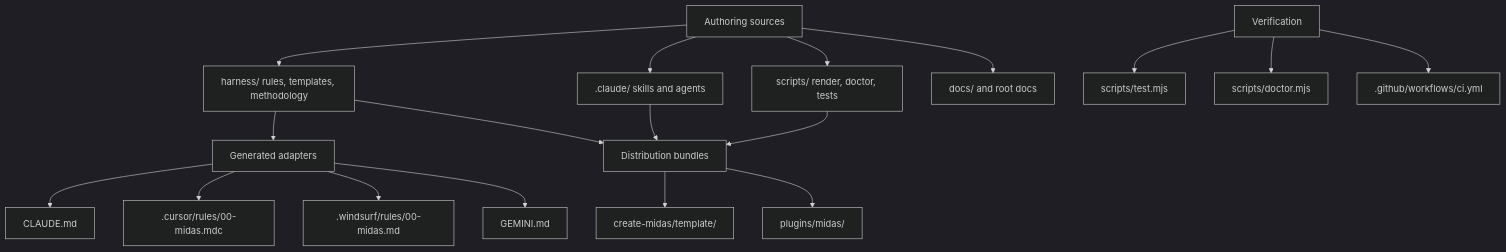
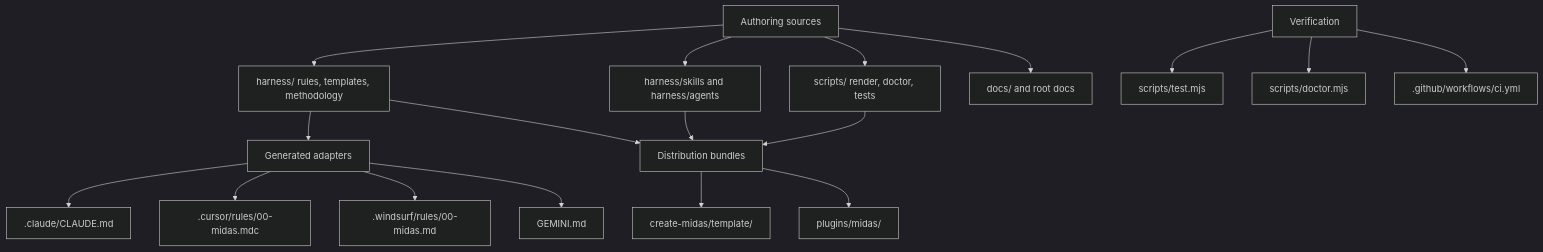
Before and after one commit to okuzpe/midas-harness: the first of 2 diagrams in docs/repository-architecture.md, drawn with Mermaid (dark theme). The commit also changed other lines of this file and 302 other files, not shown here.

````diff
--- a/docs/repository-architecture.md
+++ b/docs/repository-architecture.md
@@ -17,45 +17,45 @@
 ```mermaid
 flowchart TD
   Sources["Authoring sources"]
   Harness["harness/ rules, templates, methodology"]
-  Claude[".claude/ skills and agents"]
+  Skills["harness/skills and harness/agents"]
   Scripts["scripts/ render, doctor, tests"]
   Docs["docs/ and root docs"]
 
   Adapters["Generated adapters"]
-  ClaudeMd["CLAUDE.md"]
+  ClaudeMd[".claude/CLAUDE.md"]
   CursorRule[".cursor/rules/00-midas.mdc"]
   WindsurfRule[".windsurf/rules/00-midas.md"]
   Gemini["GEMINI.md"]
 
   Bundles["Distribution bundles"]
   CreateTemplate["create-midas/template/"]
   PluginTree["plugins/midas/"]
 
   Checks["Verification"]
   TestScript["scripts/test.mjs"]
   Doctor["scripts/doctor.mjs"]
   CI[".github/workflows/ci.yml"]
 
   Sources --> Harness
-  Sources --> Claude
+  Sources --> Skills
   Sources --> Scripts
   Sources --> Docs
 
   Harness --> Adapters
-  Claude --> Bundles
+  Skills --> Bundles
   Harness --> Bundles
   Scripts --> Bundles
 
   Adapters --> ClaudeMd
   Adapters --> CursorRule
   Adapters --> WindsurfRule
   Adapters --> Gemini
 
   Bundles --> CreateTemplate
   Bundles --> PluginTree
 
   Checks --> TestScript
   Checks --> Doctor
   Checks --> CI
 ```
````
